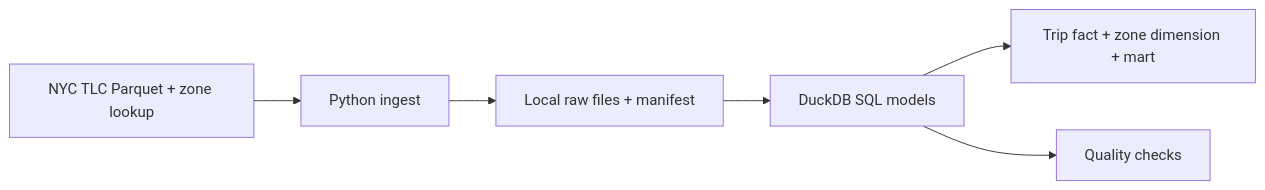
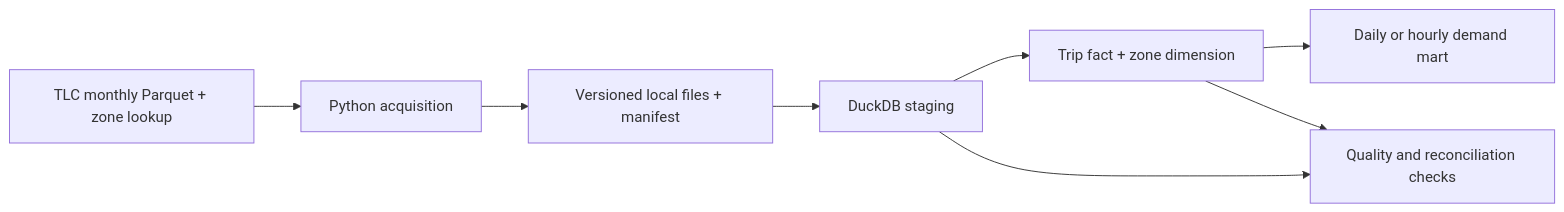
One commit to olivervr3/data-engineering-portfolio changed the diagram in 01-tlc-batch-analytics/README.md. Above: the diagram before and after it, drawn with Mermaid. The commit also changed other lines of this file and 4 other files, not shown here.

````diff
--- a/01-tlc-batch-analytics/README.md
+++ b/01-tlc-batch-analytics/README.md
@@ -9,8 +11,10 @@
 ```mermaid
 flowchart LR
-    TLC[NYC TLC Parquet + zone lookup] --> PY[Python ingest]
-    PY --> RAW[Local raw files + manifest]
-    RAW --> SQL[DuckDB SQL models]
-    SQL --> MART[Trip fact + zone dimension + mart]
-    SQL --> TEST[Quality checks]
+    TLC[TLC monthly Parquet + zone lookup] --> INGEST[Python acquisition]
+    INGEST --> RAW[Versioned local files + manifest]
+    RAW --> STAGE[DuckDB staging]
+    STAGE --> MODEL[Trip fact + zone dimension]
+    MODEL --> MART[Daily or hourly demand mart]
+    STAGE --> QA[Quality and reconciliation checks]
+    MODEL --> QA
 ```
````
